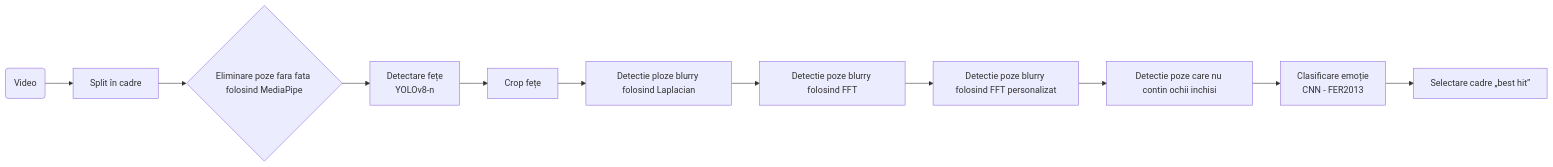
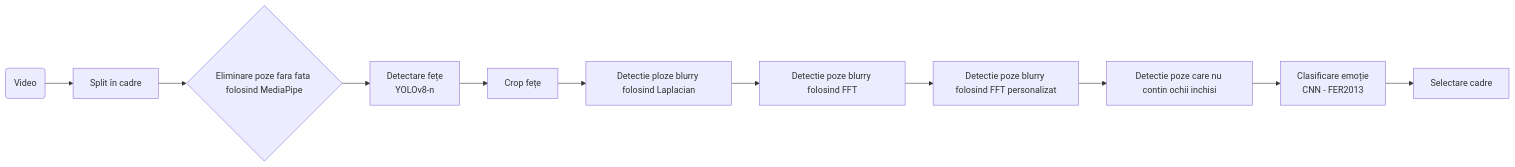
The diagram in README.md (deniz2104/Generate-Thumbs-Based-On-Feelings), drawn with Mermaid before and after one commit. The commit also changed other lines of this file, not shown here.

````diff
--- a/README.md
+++ b/README.md
@@ -19,13 +19,13 @@
 ```mermaid
 flowchart LR
     V(Video)-->F[Split în cadre]
     F-->P{Eliminare poze fara fata folosind MediaPipe}
     P-->D[Detectare fețe<br/>YOLOv8‑n]
     D-->E[Crop fețe]
     E --> G[Detectie ploze blurry folosind Laplacian]
     G --> H[Detectie poze blurry folosind FFT]
     H --> I[Detectie poze blurry folosind FFT personalizat]
     I --> J[Detectie poze care nu contin ochii inchisi]
     J --> K[Clasificare emoție<br/>CNN ‑ FER2013]
-    K --> L[Selectare cadre „best hit”]
+    K --> L[Selectare cadre]
 ```
````
